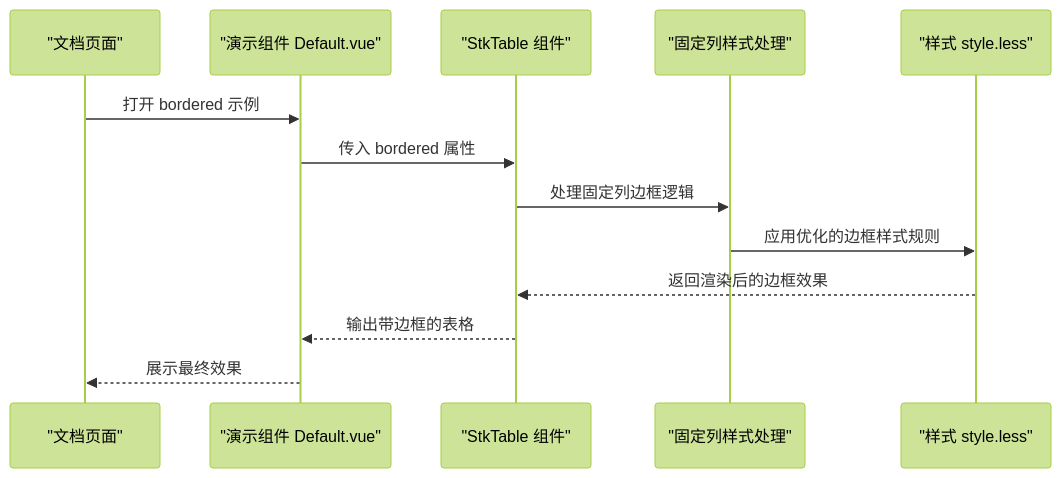
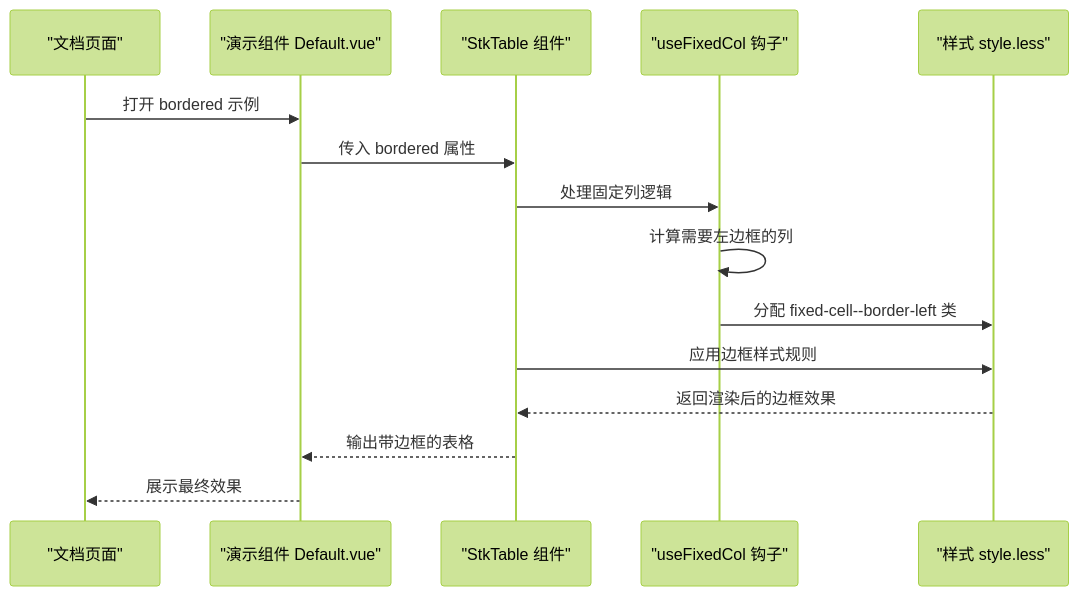
One commit to ja-plus/stk-table-vue changed the second of 3 diagrams in .qoder/repowiki/zh/content/基础功能/边框样式.md. Above: the diagram before and after it, drawn with Mermaid (forest theme). The commit also changed other lines of this file and 12 other files, not shown here.

````diff
--- a/.qoder/repowiki/zh/content/基础功能/边框样式.md
+++ b/.qoder/repowiki/zh/content/基础功能/边框样式.md
@@ -85,15 +85,17 @@
 ```mermaid
 sequenceDiagram
 participant Doc as "文档页面"
 participant Demo as "演示组件 Default.vue"
 participant Table as "StkTable 组件"
-participant FixedStyle as "固定列样式处理"
+participant FixedCol as "useFixedCol 钩子"
 participant Style as "样式 style.less"
 Doc->>Demo : 打开 bordered 示例
 Demo->>Table : 传入 bordered 属性
-Table->>FixedStyle : 处理固定列边框逻辑
-FixedStyle->>Style : 应用优化的边框样式规则
+Table->>FixedCol : 处理固定列逻辑
+FixedCol->>FixedCol : 计算需要左边框的列
+FixedCol->>Style : 分配 fixed-cell--border-left 类
+Table->>Style : 应用边框样式规则
 Style-->>Table : 返回渲染后的边框效果
 Table-->>Demo : 输出带边框的表格
 Demo-->>Doc : 展示最终效果
 ```
````
